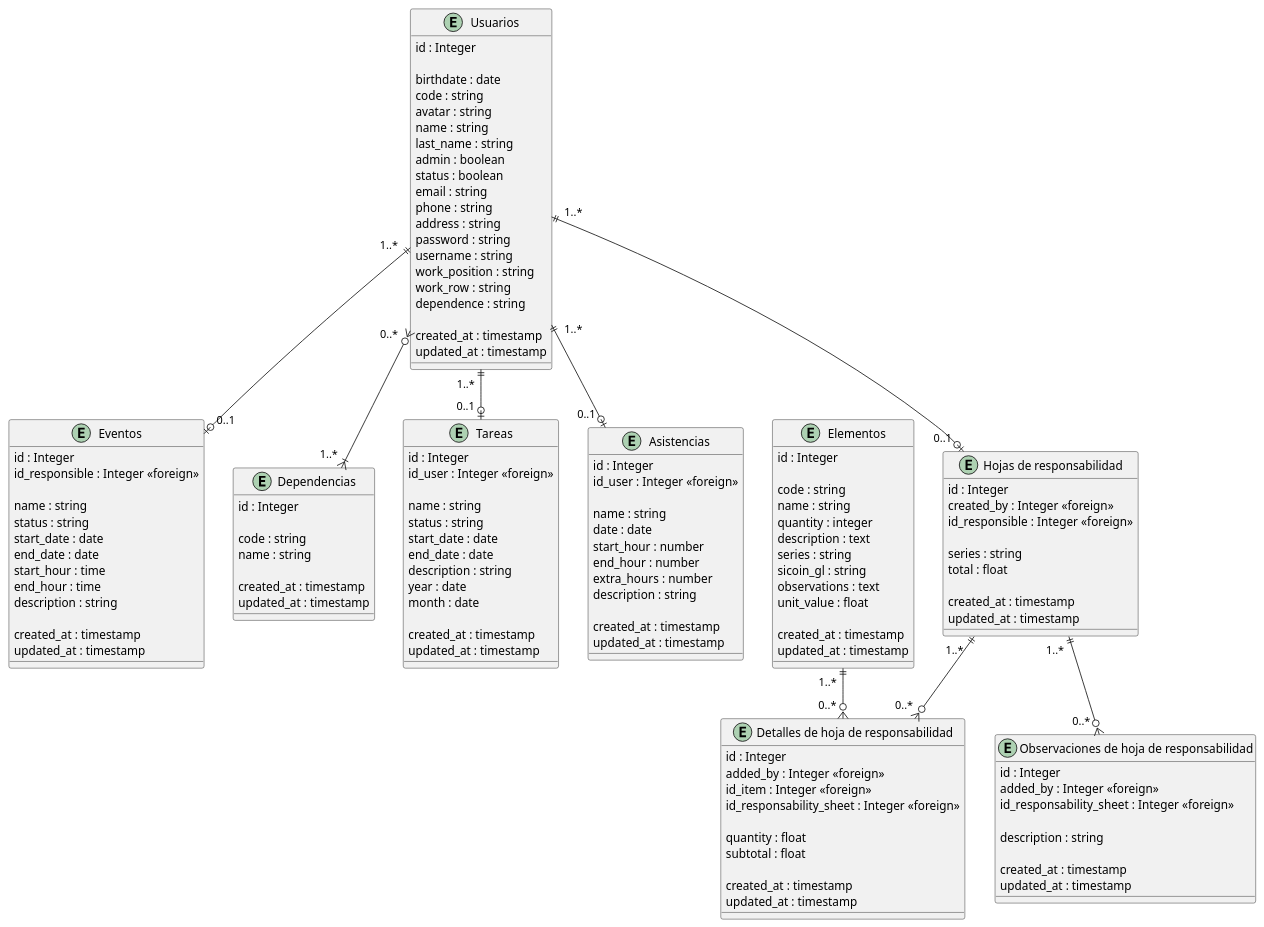
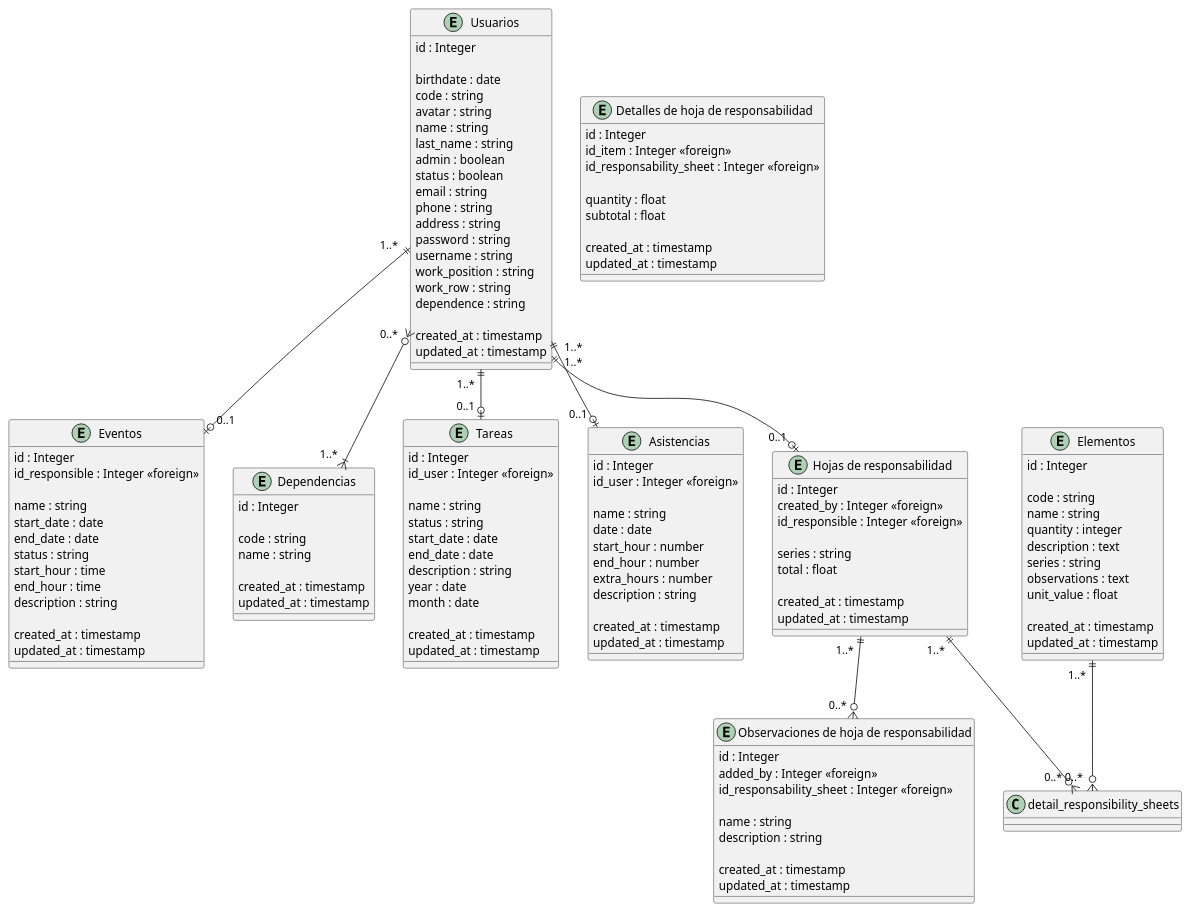
Before and after one commit to JuanVicGT/Responsabilidades: the diagram in docs/Clases/DC 2 - Identificación de entidades.plantuml, drawn with PlantUML. The commit also changed 69 other files, not shown here.

```diff
--- a/docs/Clases/DC 2 - Identificación de entidades.plantuml
+++ b/docs/Clases/DC 2 - Identificación de entidades.plantuml
@@ -1,148 +1,147 @@
 @startuml "DC 01 - Identificación de entidades"
 
 /' === Fuertes === '/
 entity users as "Usuarios" {
     id : Integer
 
     birthdate : date
     code : string
     avatar : string
     name : string
     last_name : string
     admin : boolean
     status : boolean
     email : string
     phone : string
     address : string
     password : string
     username : string
     work_position : string
     work_row : string
     dependence : string
 
     created_at : timestamp
     updated_at : timestamp
 }
 
 entity events as "Eventos" {
     id : Integer
     id_responsible : Integer <<foreign>>
 
     name : string
-    status : string
     start_date : date
     end_date : date
+    status : string
     start_hour : time
     end_hour : time
     description : string
 
     created_at : timestamp
     updated_at : timestamp
 }
 
 entity dependences as "Dependencias" {
     id : Integer
 
     code : string
     name : string
 
     created_at : timestamp
     updated_at : timestamp
 }
 
 entity items as "Elementos" {
     id : Integer
 
     code : string
     name : string
     quantity : integer
     description : text
     series : string
-    sicoin_gl : string
     observations : text
     unit_value : float
 
     created_at : timestamp
     updated_at : timestamp
 }
 
 /' === Debiles === '/
 entity todos as "Tareas" {
     id : Integer
     id_user : Integer <<foreign>>
 
     name : string
     status : string
     start_date : date
     end_date : date
     description : string
     year : date
     month : date
 
     created_at : timestamp
     updated_at : timestamp
 }
 
 entity attendances as "Asistencias" {
     id : Integer
     id_user : Integer <<foreign>>
 
     name : string
     date : date
     start_hour : number
     end_hour : number
     extra_hours : number
     description : string
 
     created_at : timestamp
     updated_at : timestamp
 }
 
 entity responsability_sheets as "Hojas de responsabilidad" {
     id : Integer
     created_by : Integer <<foreign>>
     id_responsible : Integer <<foreign>>
 
     series : string
     total : float
 
     created_at : timestamp
     updated_at : timestamp
 }
 
-entity detail_responsibility_sheets as "Detalles de hoja de responsabilidad" {
+entity line_responsibility_sheets as "Detalles de hoja de responsabilidad" {
     id : Integer
-    added_by : Integer <<foreign>>
     id_item : Integer <<foreign>>
     id_responsability_sheet : Integer <<foreign>>
 
     quantity : float
     subtotal : float
 
     created_at : timestamp
     updated_at : timestamp
 }
 
 entity observation_responsibility_sheets as "Observaciones de hoja de responsabilidad" {
     id : Integer
     added_by : Integer <<foreign>>
     id_responsability_sheet : Integer <<foreign>>
 
+    name : string
     description : string
 
     created_at : timestamp
     updated_at : timestamp
 }
 
 /' === Relaciones === '/
 users "  0..*  " }o--|{ "  1..*  " dependences
 users "  1..*  " ||--o| "  0..1  " events
 users "  1..*  " ||--o| "  0..1  " todos
 users "  1..*  " ||--o| "  0..1  " attendances
 users "  1..*  " ||--o| "  0..1  " responsability_sheets
 
 responsability_sheets "  1..*  " ||--o{ "  0..*  " detail_responsibility_sheets
 responsability_sheets "  1..*  " ||--o{ "  0..*  " observation_responsibility_sheets
 items "  1..*  " ||--o{ "  0..*  " detail_responsibility_sheets
 
 @enduml
```
